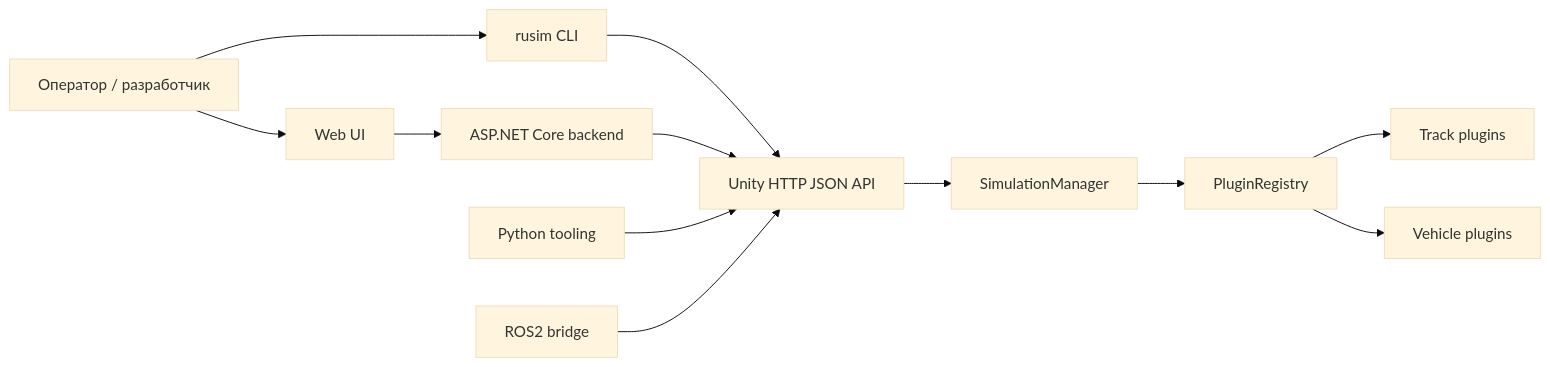
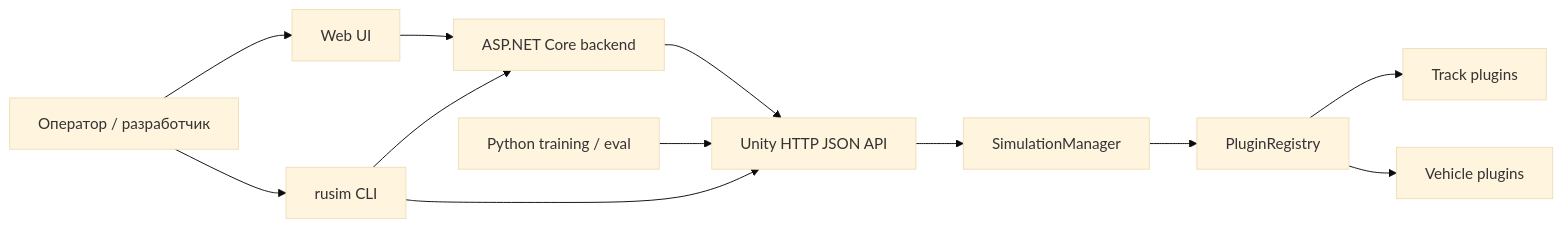
One commit to uav-simulator/uavsimulator changed the first of 2 diagrams in docs/architecture.md. Above: the diagram before and after it, drawn with Mermaid (base theme). The commit also changed other lines of this file and 21 other files, not shown here.

````diff
--- a/docs/architecture.md
+++ b/docs/architecture.md
@@ -16,14 +11,14 @@
 ```mermaid
 flowchart LR
     User["Оператор / разработчик"] --> UI["Web UI"]
     User --> CLI["rusim CLI"]
     UI --> Backend["ASP.NET Core backend"]
+    CLI --> Backend
     CLI --> RuntimeApi["Unity HTTP JSON API"]
     Backend --> RuntimeApi
     RuntimeApi --> SimCore["SimulationManager"]
     SimCore --> Plugins["PluginRegistry"]
     Plugins --> Track["Track plugins"]
     Plugins --> Vehicle["Vehicle plugins"]
-    Python["Python tooling"] --> RuntimeApi
-    ROS2["ROS2 bridge"] --> RuntimeApi
+    Python["Python training / eval"] --> RuntimeApi
 ```
````
